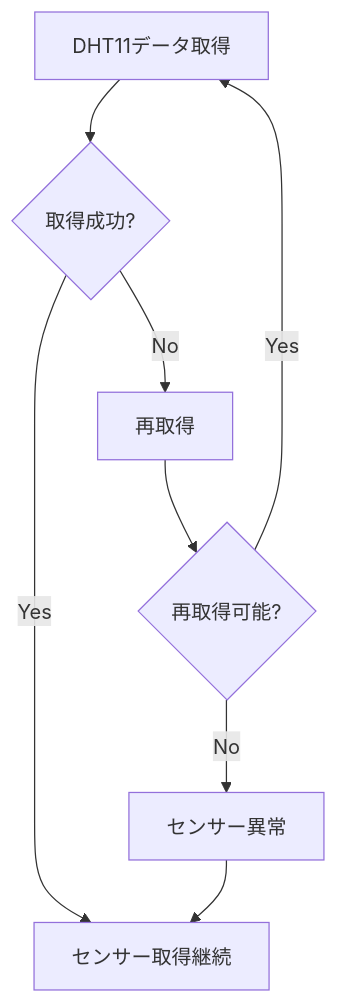
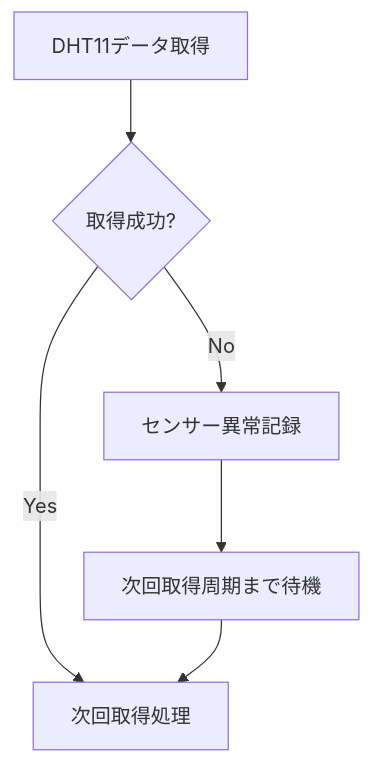
One commit to yujimasuda77777/Raspberry_Pi_4B_Edge_IoT_System changed the seventh of 46 diagrams in docs/05_operation_recovery.md. Above: the diagram before and after it, drawn with Mermaid. The commit also changed other lines of this file and 1 other file, not shown here.

````diff
--- a/docs/05_operation_recovery.md
+++ b/docs/05_operation_recovery.md
@@ -413,20 +404,16 @@
 ```mermaid
 flowchart TD
     Acquire["DHT11データ取得"]
     Result{"取得成功?"}
-    Retry["再取得"]
-    Count{"再取得可能?"}
-    Error["センサー異常"]
-    Continue["センサー取得継続"]
+    Error["センサー異常記録"]
+    Next["次回取得周期まで待機"]
+    Continue["次回取得処理"]
 
     Acquire --> Result
 
     Result -->|Yes| Continue
-    Result -->|No| Retry
+    Result -->|No| Error
 
-    Retry --> Count
-    Count -->|Yes| Acquire
-    Count -->|No| Error
-
-    Error --> Continue
+    Error --> Next
+    Next --> Continue
 ```
````
